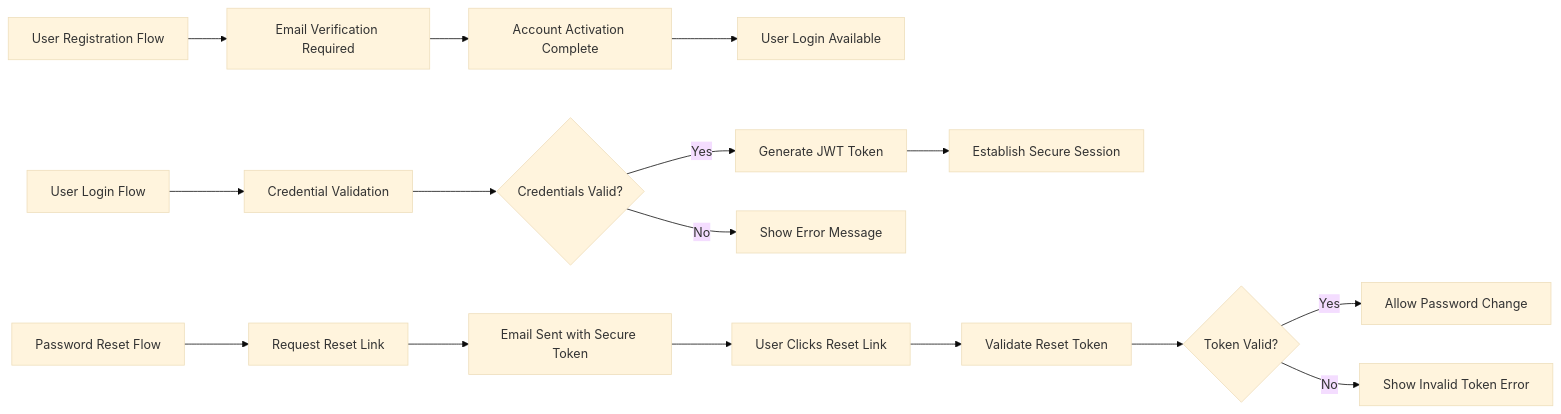
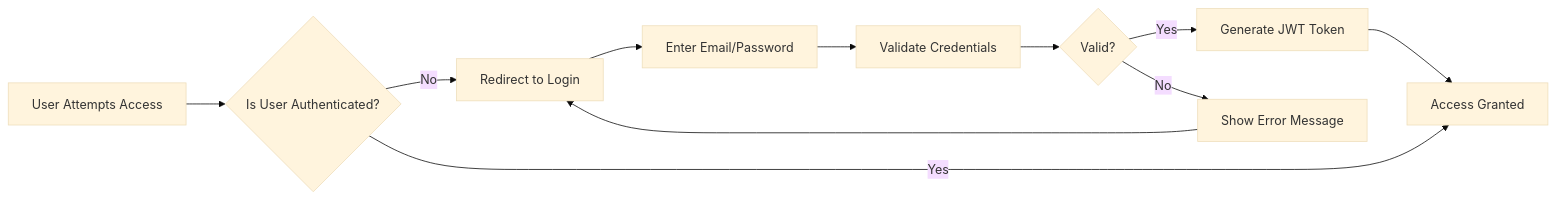
Before and after one commit to wrtnlabs/autobe-examples: the first of 2 diagrams in deepseek/deepseek-v3.1-terminus-exacto/shopping/docs/analysis/02-user-actors-authentication.md, drawn with Mermaid (base theme). The commit also changed other lines of this file and 9391 other files, not shown here.

````diff
--- a/deepseek/deepseek-v3.1-terminus-exacto/shopping/docs/analysis/02-user-actors-authentication.md
+++ b/deepseek/deepseek-v3.1-terminus-exacto/shopping/docs/analysis/02-user-actors-authentication.md
@@ -94,20 +121,13 @@
 ```mermaid
 graph LR
-  A["User Registration Flow"] --> B["Email Verification Required"]
-  B --> C["Account Activation Complete"]
-  C --> D["User Login Available"]
-  
-  E["User Login Flow"] --> F["Credential Validation"]
-  F --> G{"Credentials Valid?"}
+  A["User Attempts Access"] --> B{"Is User Authenticated?"}
+  B -->|"No"| C["Redirect to Login"]
+  B -->|"Yes"| D["Access Granted"]
+  C --> E["Enter Email/Password"]
+  E --> F["Validate Credentials"]
+  F --> G{"Valid?"}
   G -->|"Yes"| H["Generate JWT Token"]
   G -->|"No"| I["Show Error Message"]
-  H --> J["Establish Secure Session"]
-  
-  K["Password Reset Flow"] --> L["Request Reset Link"]
-  L --> M["Email Sent with Secure Token"]
-  M --> N["User Clicks Reset Link"]
-  N --> O["Validate Reset Token"]
-  O --> P{"Token Valid?"}
-  P -->|"Yes"| Q["Allow Password Change"]
-  P -->|"No"| R["Show Invalid Token Error"]
+  H --> D
+  I --> C
 ```
````
